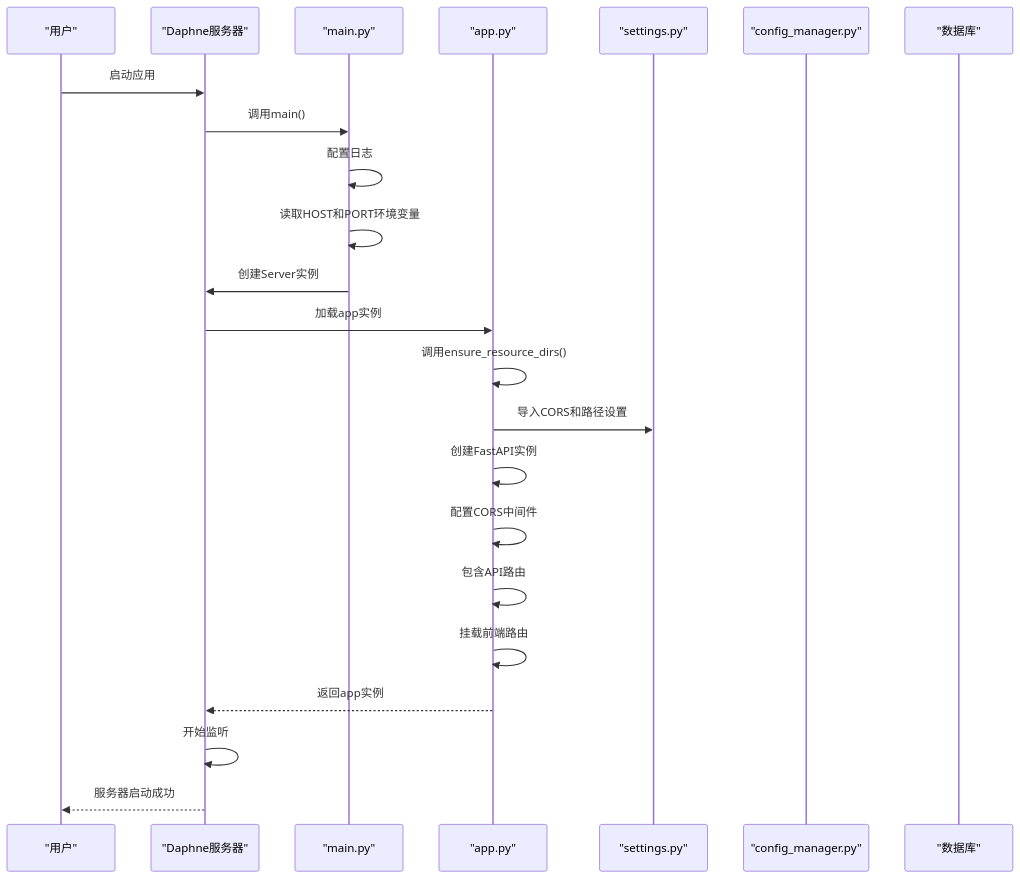
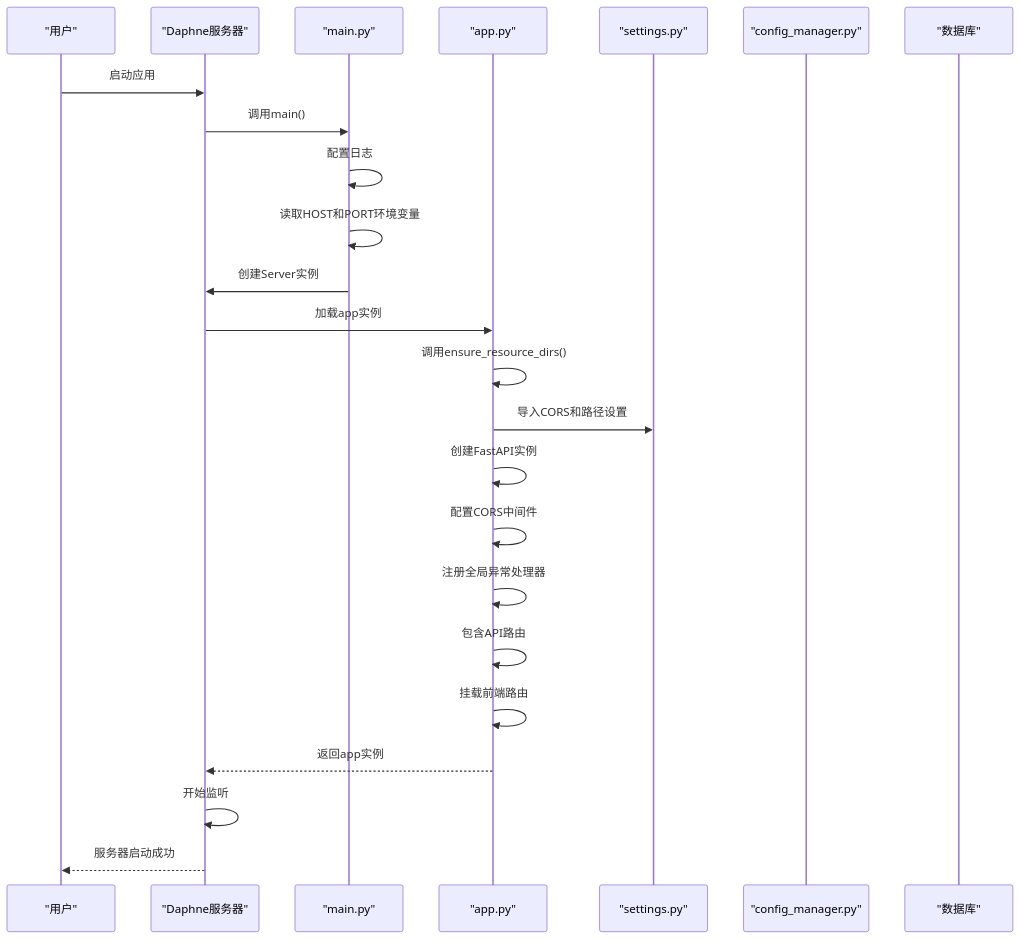
The third of 7 diagrams in .qoder/repowiki/zh/content/后端架构/应用配置与启动.md (faryhuo/backtrader), drawn with Mermaid before and after one commit. The commit also changed other lines of this file and 17 other files, not shown here.

````diff
--- a/.qoder/repowiki/zh/content/后端架构/应用配置与启动.md
+++ b/.qoder/repowiki/zh/content/后端架构/应用配置与启动.md
@@ -166,25 +174,26 @@
 ```mermaid
 sequenceDiagram
 participant User as "用户"
 participant Daphne as "Daphne服务器"
 participant MainPy as "main.py"
 participant AppPy as "app.py"
 participant SettingsPy as "settings.py"
 participant ConfigManagerPy as "config_manager.py"
 participant Database as "数据库"
 User->>Daphne : 启动应用
 Daphne->>MainPy : 调用main()
 MainPy->>MainPy : 配置日志
 MainPy->>MainPy : 读取HOST和PORT环境变量
 MainPy->>Daphne : 创建Server实例
 Daphne->>AppPy : 加载app实例
 AppPy->>AppPy : 调用ensure_resource_dirs()
 AppPy->>SettingsPy : 导入CORS和路径设置
 AppPy->>AppPy : 创建FastAPI实例
 AppPy->>AppPy : 配置CORS中间件
+AppPy->>AppPy : 注册全局异常处理器
 AppPy->>AppPy : 包含API路由
 AppPy->>AppPy : 挂载前端路由
 AppPy-->>Daphne : 返回app实例
 Daphne->>Daphne : 开始监听
 Daphne-->>User : 服务器启动成功
 ```
````
